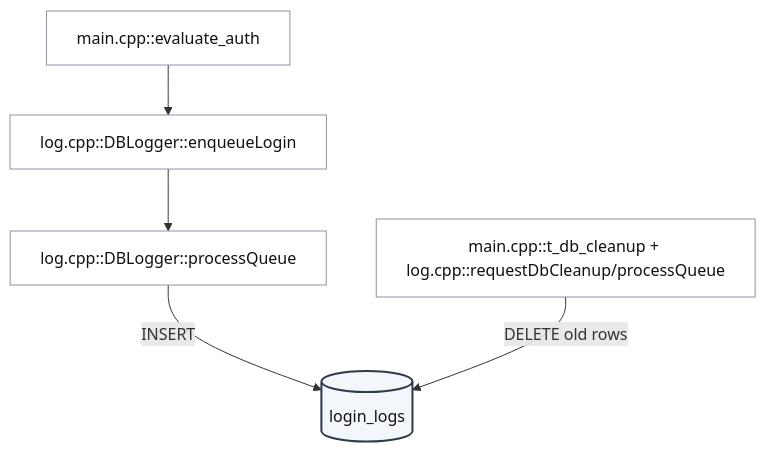
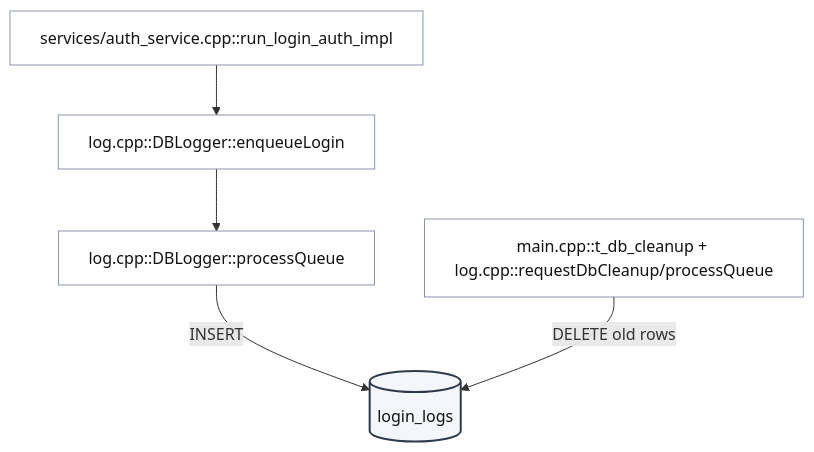
The third of 6 diagrams in docs/notion_db_flow.md (VEDA36tmea1/SFEPS), drawn with Mermaid before and after one commit. The commit also changed other lines of this file and 10 other files, not shown here.

````diff
--- a/docs/notion_db_flow.md
+++ b/docs/notion_db_flow.md
@@ -67,15 +67,15 @@
 ```mermaid
 flowchart TB
     classDef table fill:#f3f6fa,stroke:#2f3a4a,stroke-width:2px,color:#111;
     classDef func fill:#ffffff,stroke:#8a94a6,color:#111;
 
     T[(login_logs)]:::table
-    F0["main.cpp::evaluate_auth"]:::func
+    F0["services/auth_service.cpp::run_login_auth_impl"]:::func
     F1["log.cpp::DBLogger::enqueueLogin"]:::func
     F2["log.cpp::DBLogger::processQueue"]:::func
     F3["main.cpp::t_db_cleanup + log.cpp::requestDbCleanup/processQueue"]:::func
 
     F0 --> F1 --> F2
     F2 -- "INSERT" --> T
     F3 -- "DELETE old rows" --> T
 ```
````
